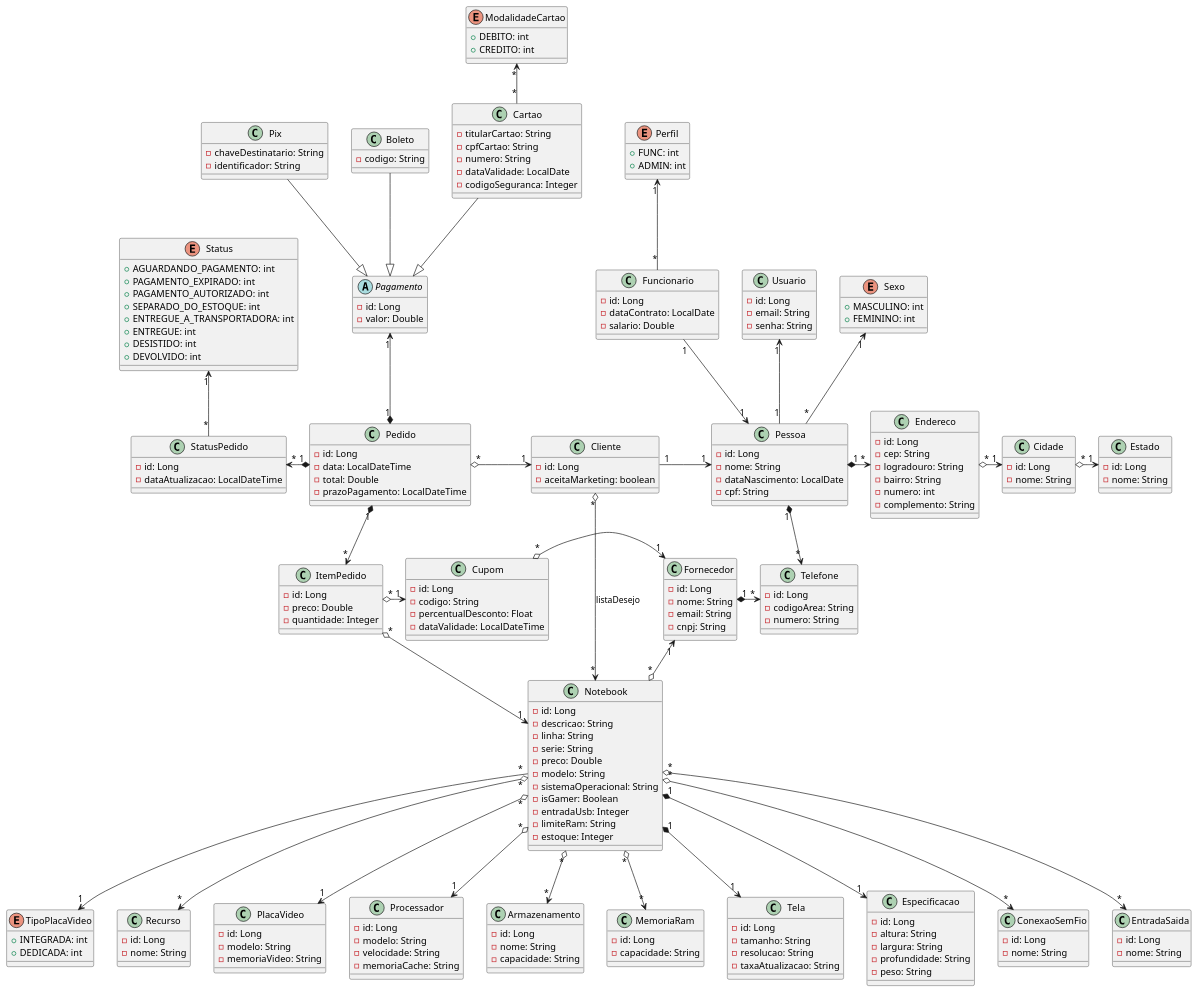
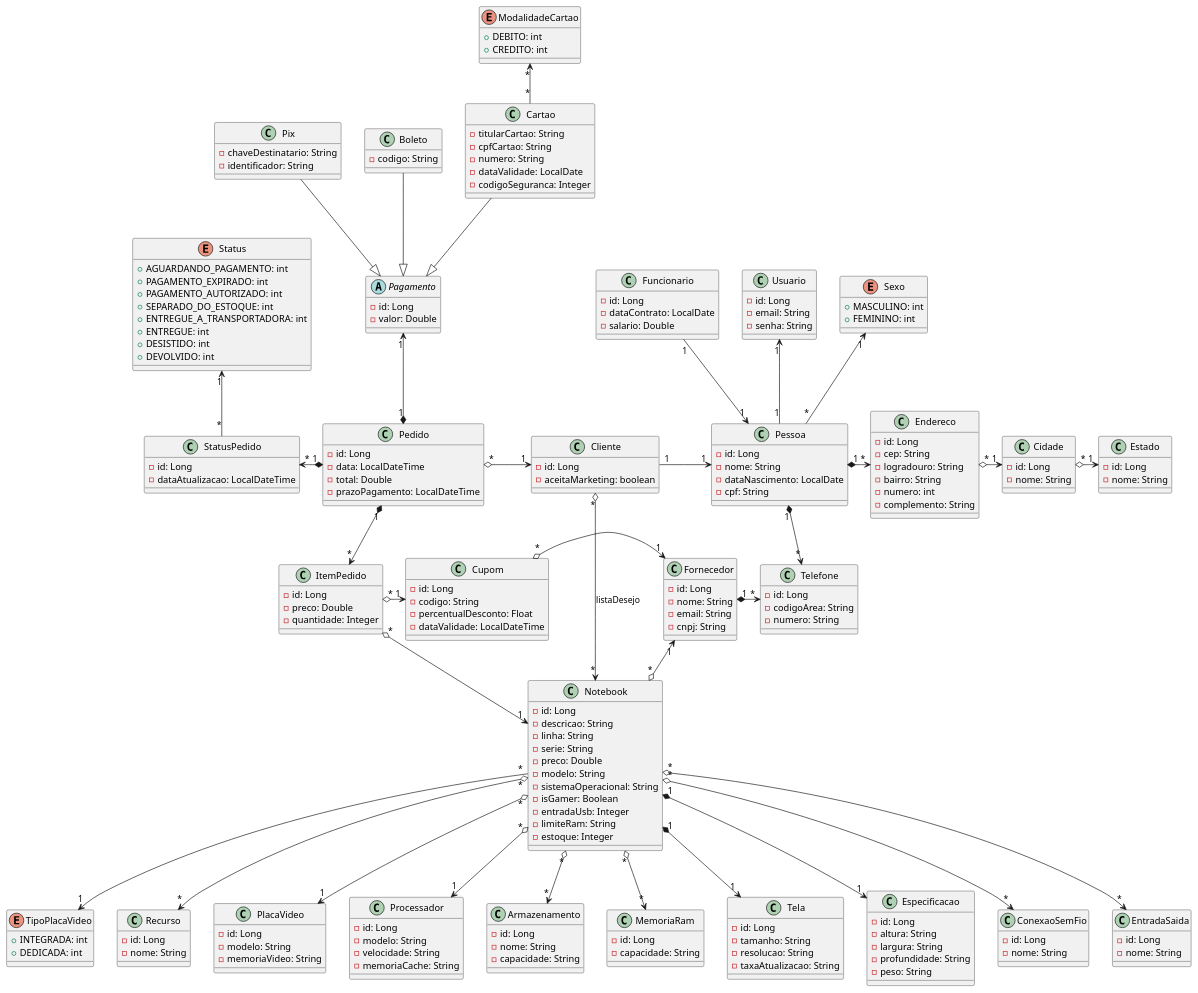
Before and after one commit to MatheusPontieri/E-commerce_Notebooks: the diagram in src/main/resources/docs/uml_v2.plantuml, drawn with PlantUML. The commit also changed 3 other files, not shown here.

```diff
--- a/src/main/resources/docs/uml_v2.plantuml
+++ b/src/main/resources/docs/uml_v2.plantuml
@@ -79,11 +79,6 @@
     - id: Long
     - dataContrato: LocalDate
     - salario: Double
-}
-
-enum Perfil {
-    + FUNC: int
-    + ADMIN: int
 }
 
 class Usuario {
@@ -228,7 +223,6 @@
 Cliente "1" -right-> "1" Pessoa
 Funcionario "1" --> "1" Pessoa
 Cliente "*" o--> "*" Notebook: listaDesejo
-Funcionario "*" -up-> "1" Perfil
 
 Endereco "*" o-right-> "1" Cidade
 Cidade "*" o-right-> "1" Estado
```
